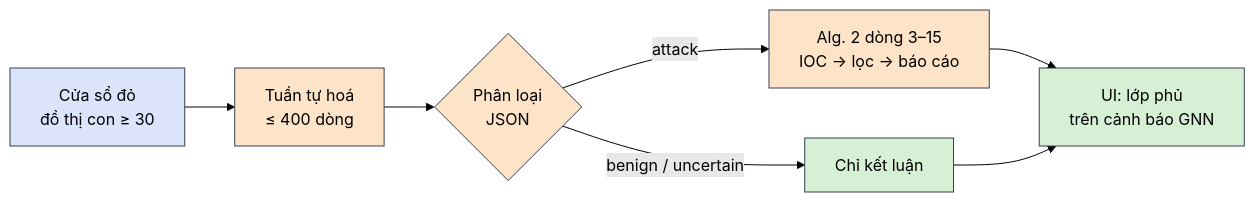
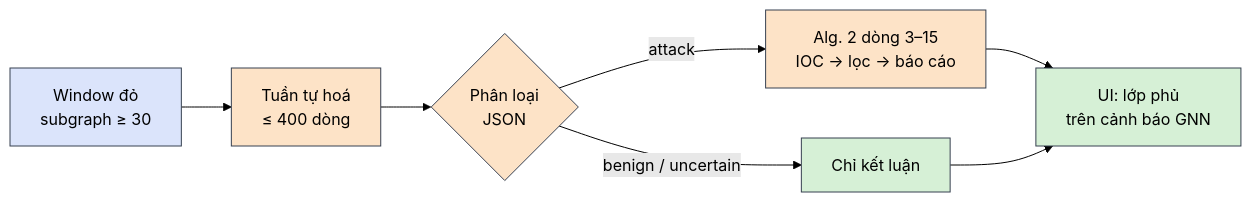
The second of 2 diagrams in presentation/slides.md (UITProjects/NT2102), drawn with Mermaid (forest theme) before and after one commit. The commit also changed other lines of this file and 11 other files, not shown here.

````diff
--- a/presentation/slides.md
+++ b/presentation/slides.md
@@ -433,15 +585,15 @@
 ```mermaid {scale: 0.6}
 flowchart LR
-  R[Cửa sổ đỏ<br/>đồ thị con ≥ 30] --> D[Tuần tự hoá<br/>≤ 400 dòng]
+  R[Window đỏ<br/>subgraph ≥ 30] --> D[Tuần tự hoá<br/>≤ 400 dòng]
   D --> T{Phân loại<br/>JSON}
   T -->|attack| A[Alg. 2 dòng 3–15<br/>IOC → lọc → báo cáo]
   T -->|benign / uncertain| O[Chỉ kết luận]
   A --> U[UI: lớp phủ<br/>trên cảnh báo GNN]
   O --> U
   classDef inv fill:#fde3c7,stroke:#374151
   classDef det fill:#dbe4fb,stroke:#374151
   classDef out fill:#d6f0d6,stroke:#374151
   class T,A,D inv
   class R det
   class U,O out
 ```
````
